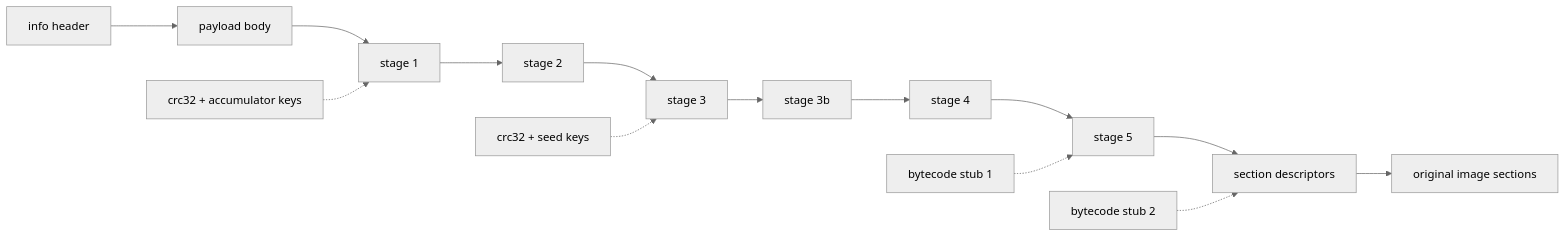
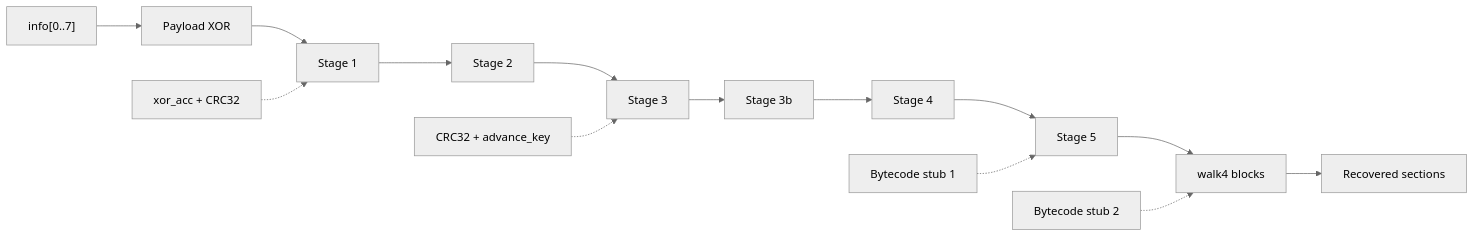
Before and after one commit to Momoko-Ayase/crackproof-research: the first of 2 diagrams in internals/windows/en/loading-and-pe-repair/loading/stage-chain.md, drawn with Mermaid (neutral theme). The commit also changed other lines of this file and 446 other files, not shown here.

````diff
--- a/internals/windows/en/loading-and-pe-repair/loading/stage-chain.md
+++ b/internals/windows/en/loading-and-pe-repair/loading/stage-chain.md
@@ -9,10 +10,10 @@
 ```mermaid
 flowchart LR
-    H["info header"] --> P["payload body"] --> S1["stage 1"] --> S2["stage 2"]
-    S2 --> S3["stage 3"] --> S3b["stage 3b"] --> S4["stage 4"] --> S5["stage 5"]
-    S5 --> SEC["section descriptors"] --> IMG["original image sections"]
-    C1["crc32 + accumulator keys"] -.-> S1
-    C2["crc32 + seed keys"] -.-> S3
-    C3["bytecode stub 1"] -.-> S5
-    C4["bytecode stub 2"] -.-> SEC
+    H["info[0..7]"] --> P["Payload XOR"] --> S1["Stage 1"] --> S2["Stage 2"]
+    S2 --> S3["Stage 3"] --> S3b["Stage 3b"] --> S4["Stage 4"] --> S5["Stage 5"]
+    S5 --> SEC["walk4 blocks"] --> IMG["Recovered sections"]
+    C1["xor_acc + CRC32"] -.-> S1
+    C2["CRC32 + advance_key"] -.-> S3
+    C3["Bytecode stub 1"] -.-> S5
+    C4["Bytecode stub 2"] -.-> SEC
 ```
````
